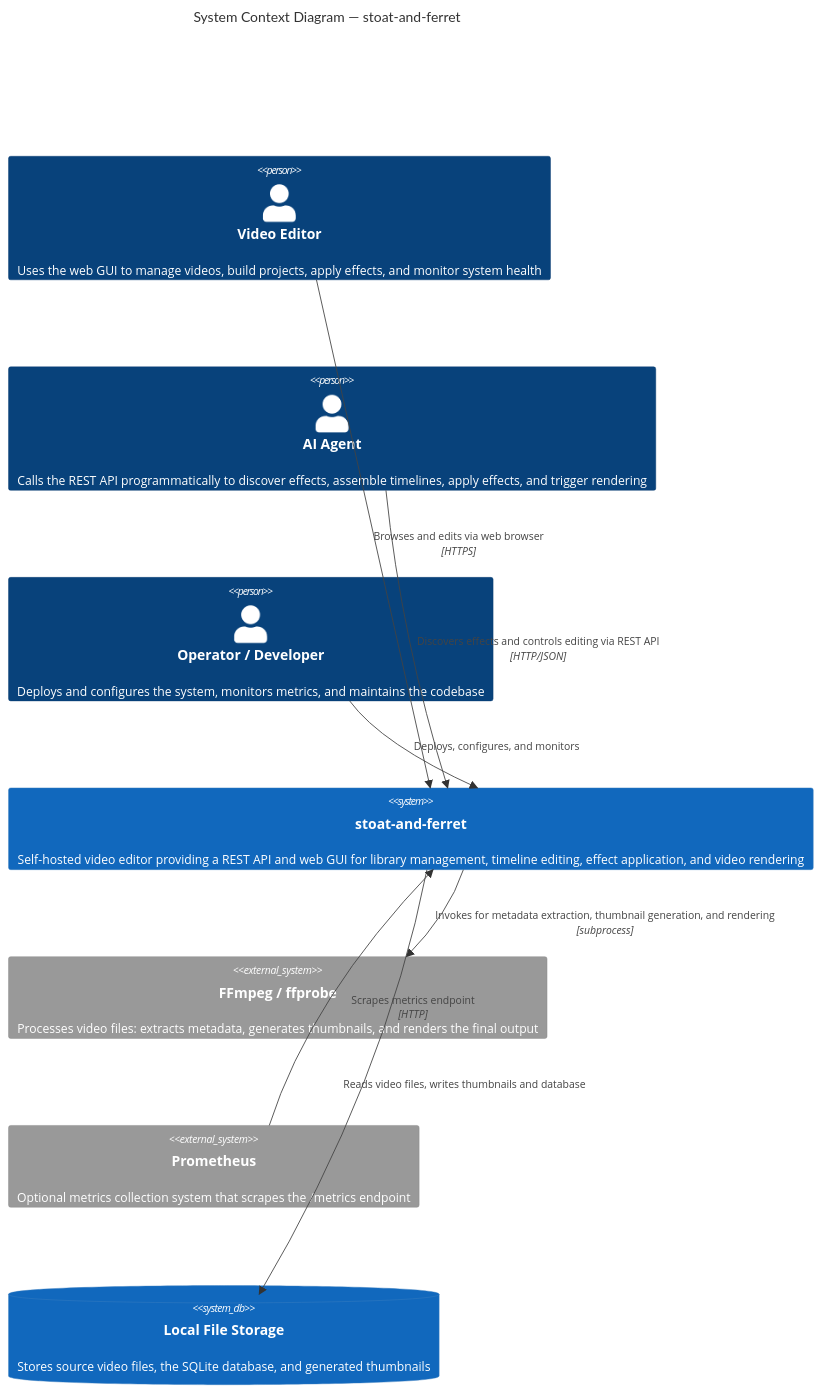
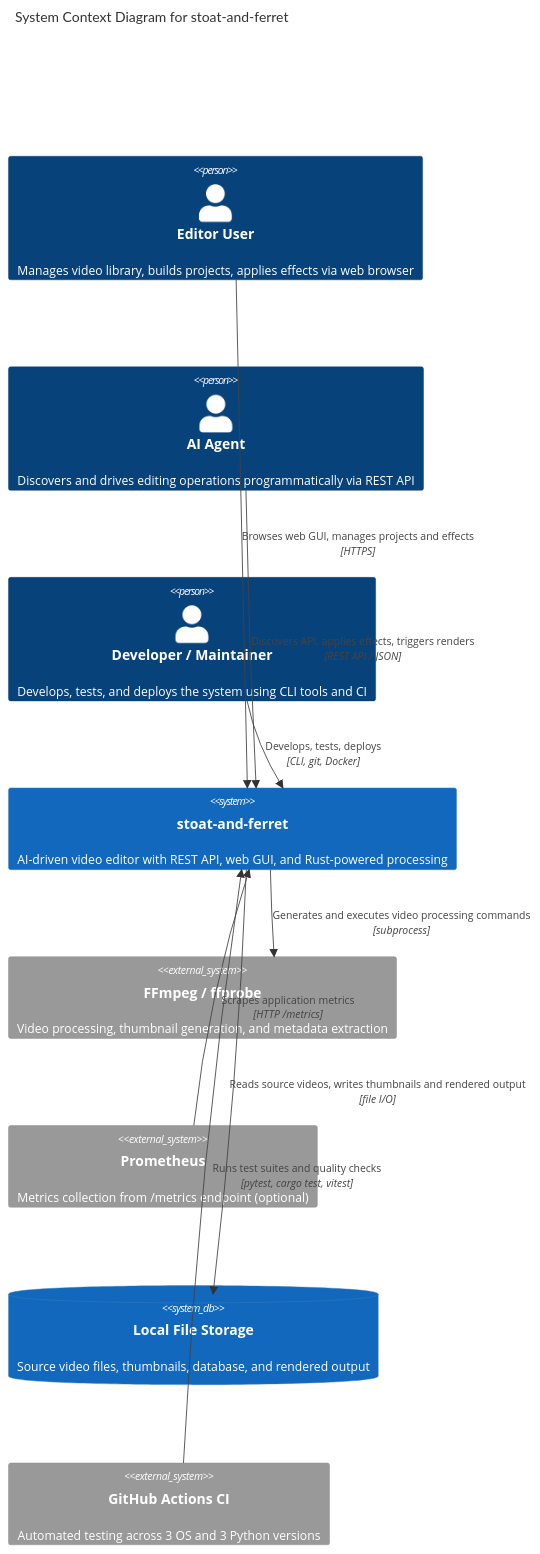
The diagram in docs/C4-Documentation/c4-context.md (18488292860-coder/stoat-and-ferret), drawn with Mermaid before and after one commit. The commit also changed other lines of this file and 54 other files, not shown here.

````diff
--- a/docs/C4-Documentation/c4-context.md
+++ b/docs/C4-Documentation/c4-context.md
@@ -21,21 +23,23 @@
 ```mermaid
 C4Context
-    title System Context Diagram — stoat-and-ferret
+    title System Context Diagram for stoat-and-ferret
 
-    Person(human, "Video Editor", "Uses the web GUI to manage videos, build projects, apply effects, and monitor system health")
-    Person(ai_agent, "AI Agent", "Calls the REST API programmatically to discover effects, assemble timelines, apply effects, and trigger rendering")
-    Person(operator, "Operator / Developer", "Deploys and configures the system, monitors metrics, and maintains the codebase")
+    Person(editor, "Editor User", "Manages video library, builds projects, applies effects via web browser")
+    Person(ai_agent, "AI Agent", "Discovers and drives editing operations programmatically via REST API")
+    Person(maintainer, "Developer / Maintainer", "Develops, tests, and deploys the system using CLI tools and CI")
 
-    System(system, "stoat-and-ferret", "Self-hosted video editor providing a REST API and web GUI for library management, timeline editing, effect application, and video rendering")
+    System(stoat, "stoat-and-ferret", "AI-driven video editor with REST API, web GUI, and Rust-powered processing")
 
-    System_Ext(ffmpeg, "FFmpeg / ffprobe", "Processes video files: extracts metadata, generates thumbnails, and renders the final output")
-    System_Ext(prometheus, "Prometheus", "Optional metrics collection system that scrapes the /metrics endpoint")
-    SystemDb(filesystem, "Local File Storage", "Stores source video files, the SQLite database, and generated thumbnails")
+    System_Ext(ffmpeg, "FFmpeg / ffprobe", "Video processing, thumbnail generation, and metadata extraction")
+    System_Ext(prometheus, "Prometheus", "Metrics collection from /metrics endpoint (optional)")
+    SystemDb(filesystem, "Local File Storage", "Source video files, thumbnails, database, and rendered output")
+    System_Ext(ci, "GitHub Actions CI", "Automated testing across 3 OS and 3 Python versions")
 
-    Rel(human, system, "Browses and edits via web browser", "HTTPS")
-    Rel(ai_agent, system, "Discovers effects and controls editing via REST API", "HTTP/JSON")
-    Rel(operator, system, "Deploys, configures, and monitors")
-    Rel(system, ffmpeg, "Invokes for metadata extraction, thumbnail generation, and rendering", "subprocess")
-    Rel(system, filesystem, "Reads video files, writes thumbnails and database")
-    Rel(prometheus, system, "Scrapes metrics endpoint", "HTTP")
+    Rel(editor, stoat, "Browses web GUI, manages projects and effects", "HTTPS")
+    Rel(ai_agent, stoat, "Discovers API, applies effects, triggers renders", "REST API / JSON")
+    Rel(maintainer, stoat, "Develops, tests, deploys", "CLI, git, Docker")
+    Rel(stoat, ffmpeg, "Generates and executes video processing commands", "subprocess")
+    Rel(stoat, filesystem, "Reads source videos, writes thumbnails and rendered output", "file I/O")
+    Rel(prometheus, stoat, "Scrapes application metrics", "HTTP /metrics")
+    Rel(ci, stoat, "Runs test suites and quality checks", "pytest, cargo test, vitest")
 ```
````
